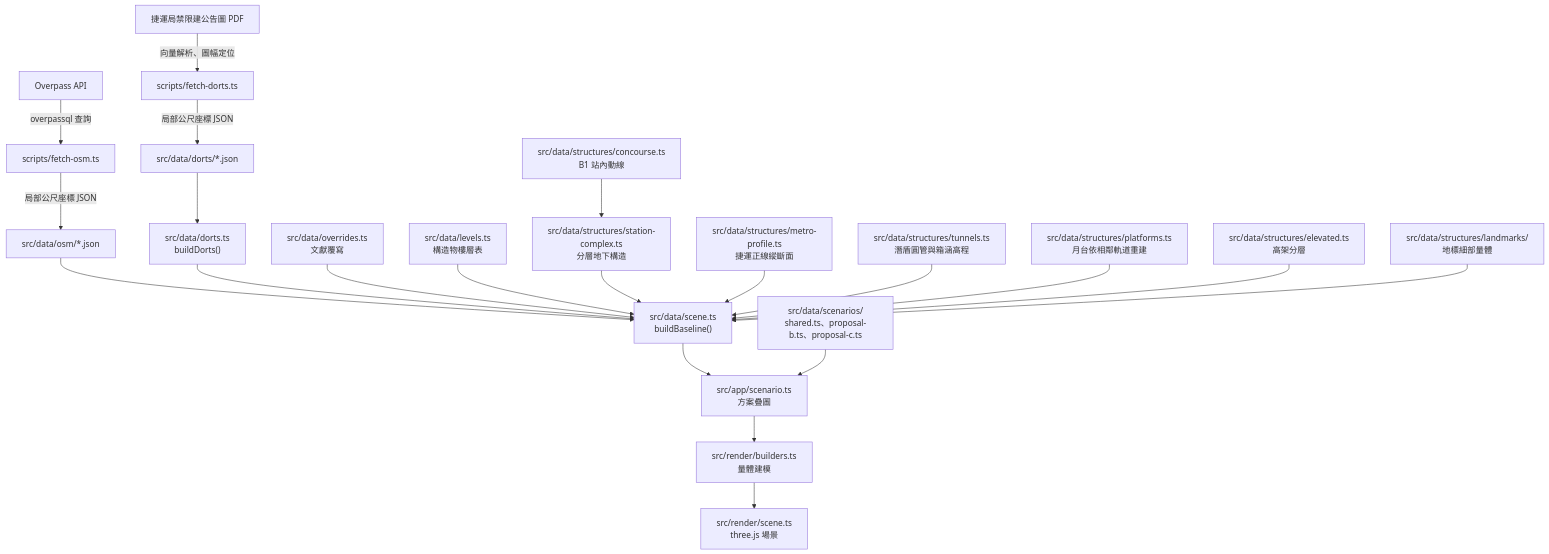
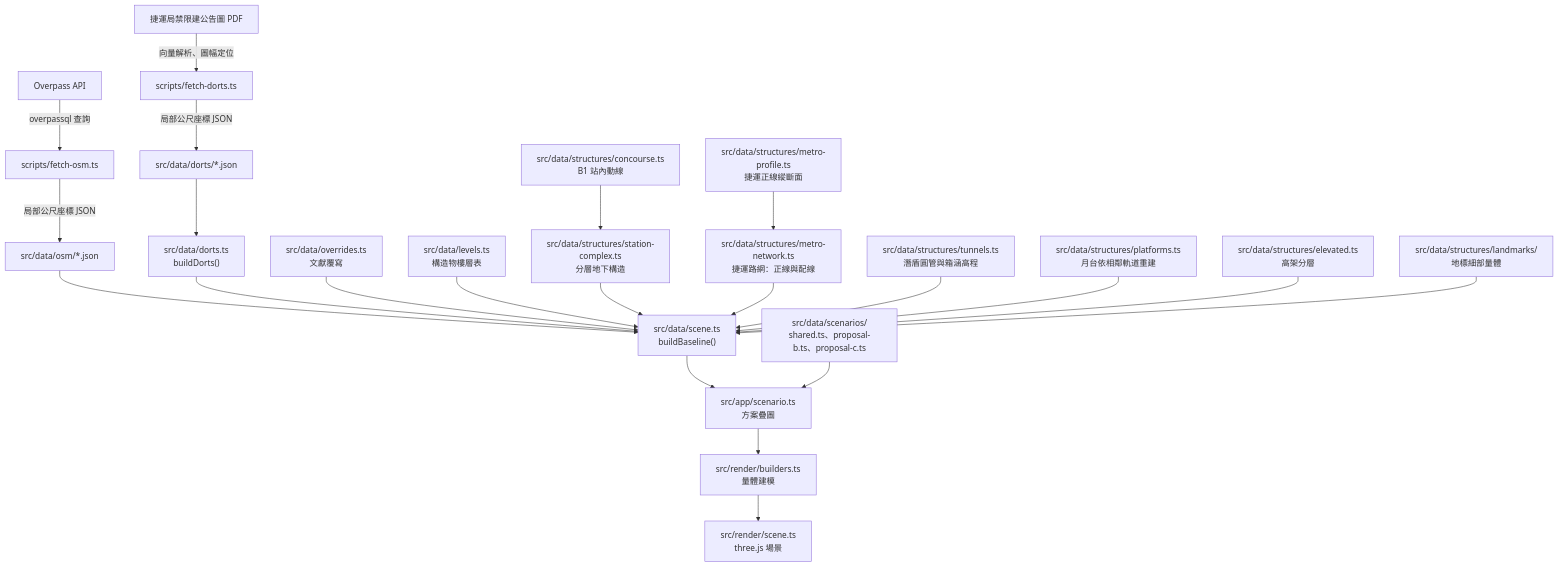
The diagram in docs/architecture.md (rschiang/kitameet), drawn with Mermaid before and after one commit. The commit also changed other lines of this file and 24 other files, not shown here.

````diff
--- a/docs/architecture.md
+++ b/docs/architecture.md
@@ -7,23 +7,24 @@
 ```mermaid
 graph TD
     overpass["Overpass API"] -- "overpassql 查詢" --> fetch["scripts/fetch-osm.ts"]
     fetch -- "局部公尺座標 JSON" --> osm["src/data/osm/*.json"]
     dortspdf["捷運局禁限建公告圖 PDF"] -- "向量解析、圖幅定位" --> fetchd["scripts/fetch-dorts.ts"]
     fetchd -- "局部公尺座標 JSON" --> dorts["src/data/dorts/*.json"]
     osm --> scene["src/data/scene.ts<br/>buildBaseline()"]
     dorts --> dortsmod["src/data/dorts.ts<br/>buildDorts()"]
     dortsmod --> scene
     overrides["src/data/overrides.ts<br/>文獻覆寫"] --> scene
     levels["src/data/levels.ts<br/>構造物樓層表"] --> scene
     structures["src/data/structures/station-complex.ts<br/>分層地下構造"] --> scene
     concourse["src/data/structures/concourse.ts<br/>B1 站內動線"] --> structures
-    profile["src/data/structures/metro-profile.ts<br/>捷運正線縱斷面"] --> scene
+    profile["src/data/structures/metro-profile.ts<br/>捷運正線縱斷面"] --> network
+    network["src/data/structures/metro-network.ts<br/>捷運路網：正線與配線"] --> scene
     tunnels["src/data/structures/tunnels.ts<br/>潛盾圓管與箱涵高程"] --> scene
     platforms["src/data/structures/platforms.ts<br/>月台依相鄰軌道重建"] --> scene
     elevated["src/data/structures/elevated.ts<br/>高架分層"] --> scene
     landmarks["src/data/structures/landmarks/<br/>地標細部量體"] --> scene
     scene --> scenario["src/app/scenario.ts<br/>方案疊圖"]
     proposal["src/data/scenarios/<br/>shared.ts、proposal-b.ts、proposal-c.ts"] --> scenario
     scenario --> builders["src/render/builders.ts<br/>量體建模"]
     builders --> viewer["src/render/scene.ts<br/>three.js 場景"]
 ```
````
